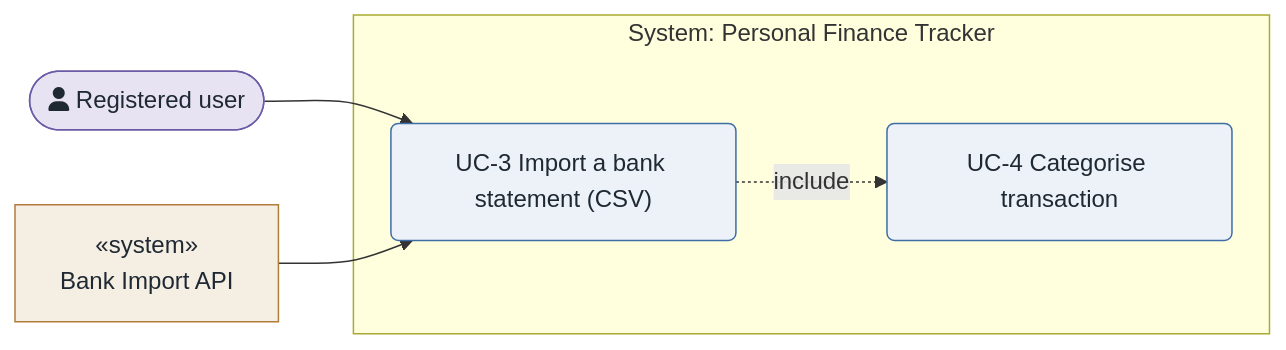
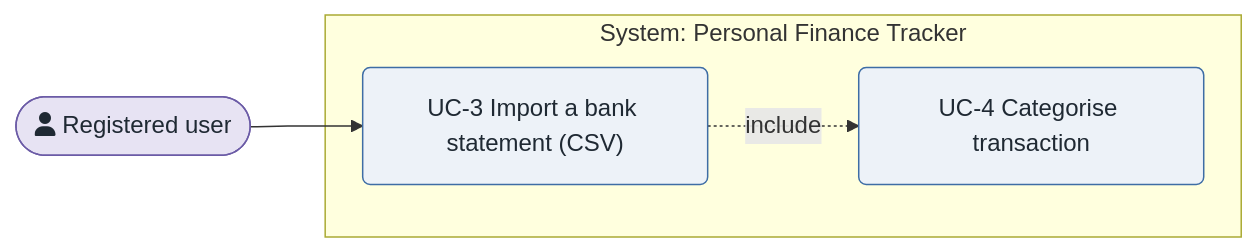
The diagram in examples/personal-finance-tracker-mermaid/drivers/use-cases/UC-3.md (rtym/sei-architecture-methodology), drawn with Mermaid before and after one commit. The commit also changed other lines of this file and 67 other files, not shown here.

````diff
--- a/examples/personal-finance-tracker-mermaid/drivers/use-cases/UC-3.md
+++ b/examples/personal-finance-tracker-mermaid/drivers/use-cases/UC-3.md
@@ -39,19 +39,15 @@
 ```mermaid
 flowchart LR
   %% Use case diagram — UC-3 Import a bank statement (CSV)
   pa(["fa:fa-user Registered user"])
-  bank["&laquo;system&raquo;<br/>Bank Import API"]
   subgraph sys["System: Personal Finance Tracker"]
     uc3("UC-3 Import a bank statement (CSV)")
     uc4("UC-4 Categorise transaction")
   end
   pa --> uc3
-  bank --> uc3
   uc3 -. include .-> uc4
   classDef source   fill:#E7E3F3,stroke:#6B5BA6,color:#1F2933;
-  classDef external fill:#F5EEE3,stroke:#B07D3B,color:#1F2933;
   classDef artifact fill:#EDF2F8,stroke:#3E6DA5,color:#1F2933;
   class pa source
-  class bank external
   class uc3,uc4 artifact
 ```
````
